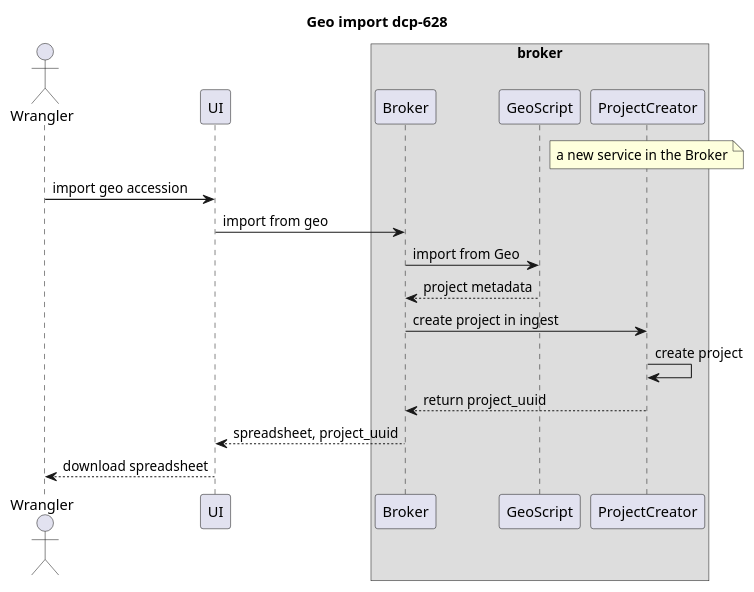
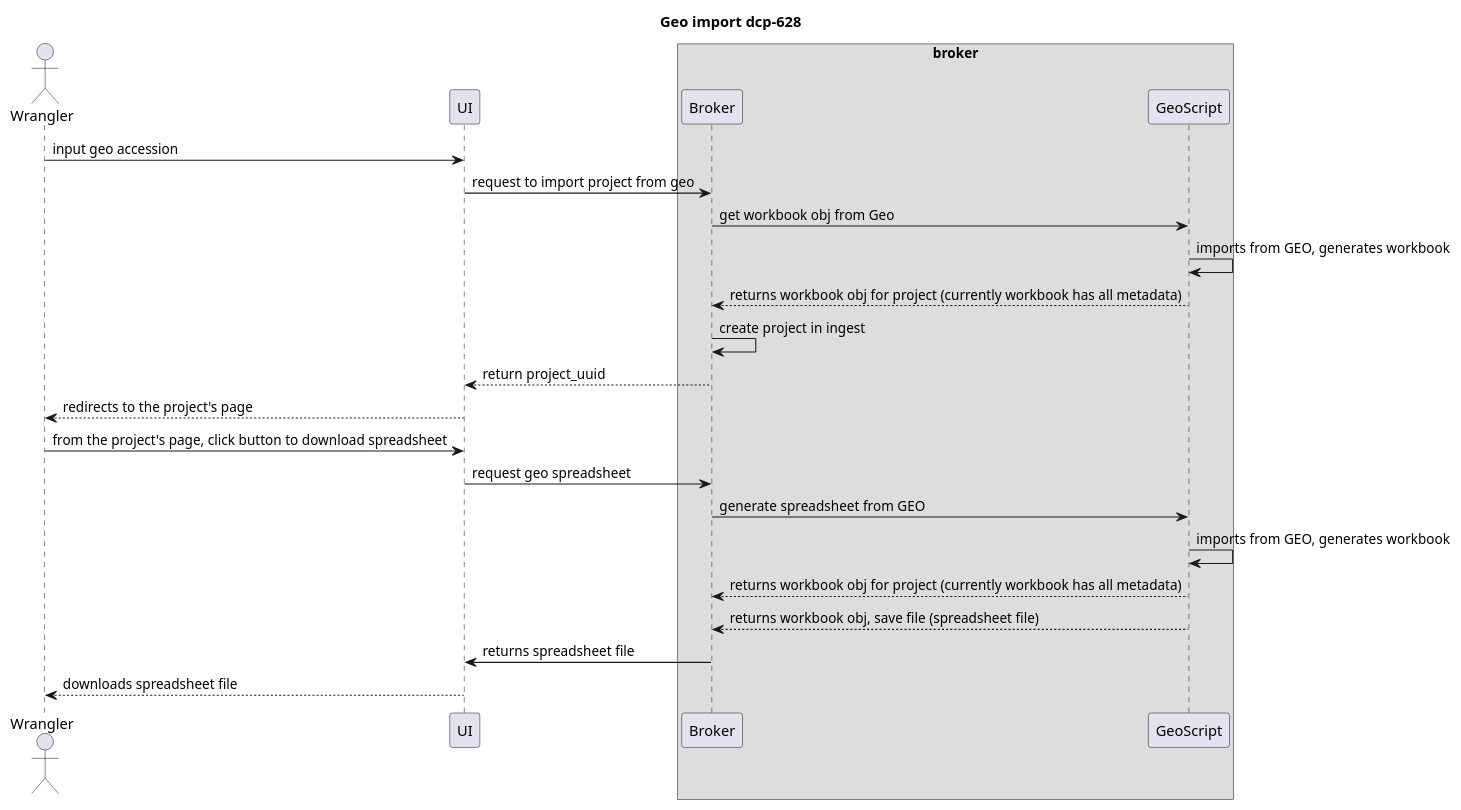
Before and after one commit to ebi-ait/ingest-broker: the diagram in doc/dcp-628-new-project-from-geo.iuml, drawn with PlantUML.

Commit message:
Updated sequence diagram - import project from GEO

```diff
--- a/doc/dcp-628-new-project-from-geo.iuml
+++ b/doc/dcp-628-new-project-from-geo.iuml
@@ -1,26 +1,31 @@
 @startuml
 
 title Geo import dcp-628
 
 actor Wrangler
 participant UI
 box broker
   participant Broker
   participant GeoScript
-  participant ProjectCreator 
 end box
 
-note over ProjectCreator : a new service in the Broker
 
-Wrangler -> UI : import geo accession
-UI -> Broker : import from geo
-Broker -> GeoScript : import from Geo
-GeoScript --> Broker : project metadata
-Broker -> ProjectCreator : create project in ingest
+Wrangler -> UI : input geo accession
+UI -> Broker : request to import project from geo
+Broker -> GeoScript : get workbook obj from Geo
+GeoScript -> GeoScript: imports from GEO, generates workbook
+GeoScript --> Broker : returns workbook obj for project (currently workbook has all metadata)
+Broker -> Broker : create project in ingest
+Broker --> UI : return project_uuid
+UI --> Wrangler : redirects to the project's page
 
-ProjectCreator -> ProjectCreator :  create project 
-ProjectCreator --> Broker :  return project_uuid
-Broker --> UI : spreadsheet, project_uuid
-UI --> Wrangler : download spreadsheet
+Wrangler -> UI : from the project's page, click button to download spreadsheet
+UI->Broker: request geo spreadsheet
+Broker -> GeoScript : generate spreadsheet from GEO
+GeoScript -> GeoScript: imports from GEO, generates workbook
+GeoScript --> Broker : returns workbook obj for project (currently workbook has all metadata)
+GeoScript --> Broker : returns workbook obj, save file (spreadsheet file)
+Broker -> UI : returns spreadsheet file
+UI --> Wrangler : downloads spreadsheet file
 
 @enduml
```
